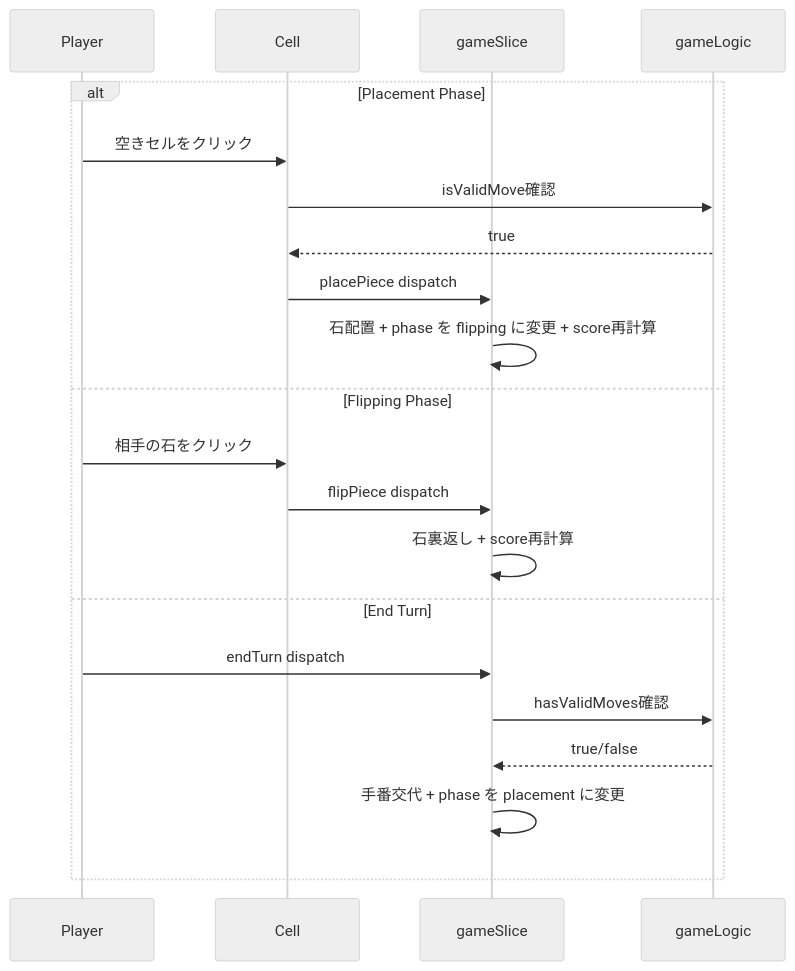
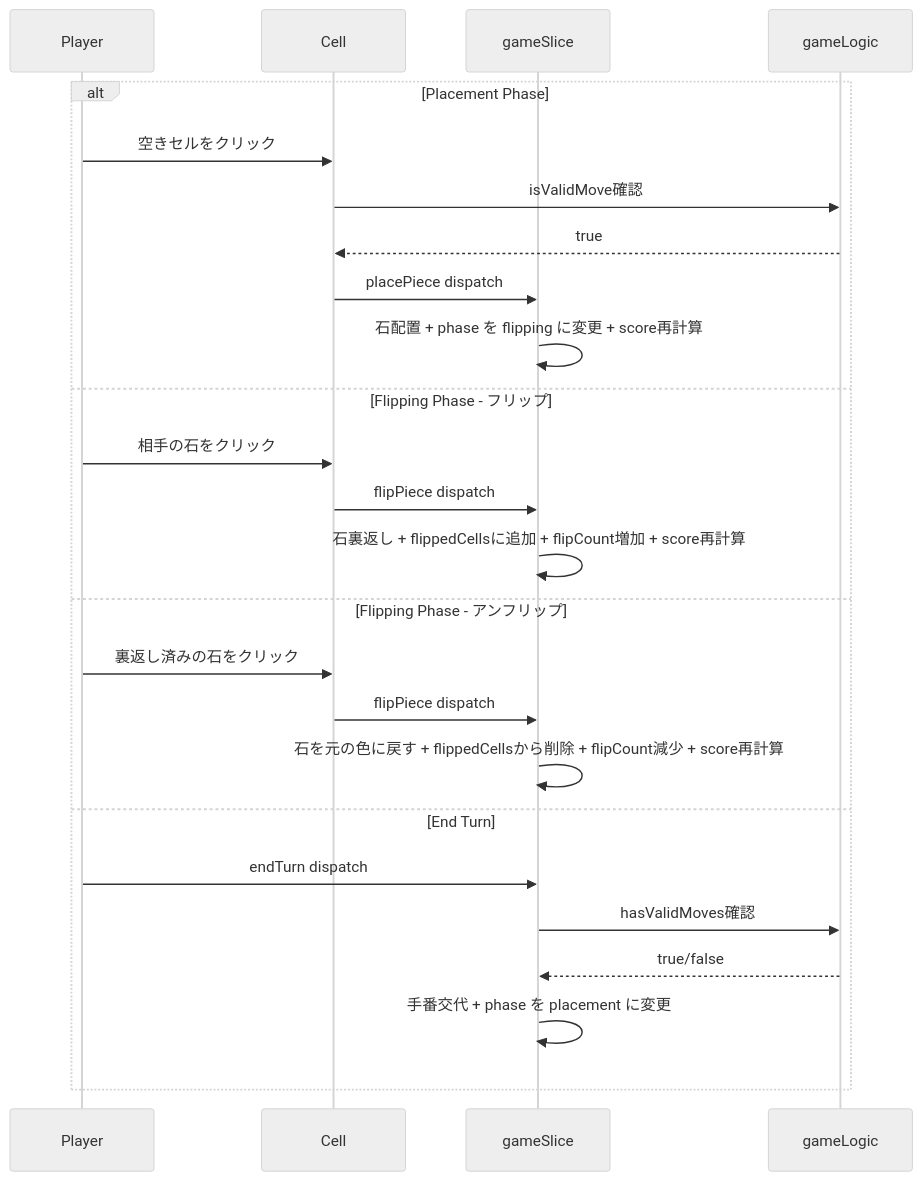
Before and after one commit to IsodaZen/anarchy-reversi: the third of 4 diagrams in .kiro/specs/anarchy-reversi-core/design.md, drawn with Mermaid (neutral theme). The commit also changed other lines of this file and 4 other files, not shown here.

````diff
--- a/.kiro/specs/anarchy-reversi-core/design.md
+++ b/.kiro/specs/anarchy-reversi-core/design.md
@@ -112,24 +115,28 @@
 ```mermaid
 sequenceDiagram
     participant P as Player
     participant C as Cell
     participant S as gameSlice
     participant L as gameLogic
 
     alt Placement Phase
         P->>C: 空きセルをクリック
         C->>L: isValidMove確認
         L-->>C: true
         C->>S: placePiece dispatch
         S->>S: 石配置 + phase を flipping に変更 + score再計算
-    else Flipping Phase
+    else Flipping Phase - フリップ
         P->>C: 相手の石をクリック
         C->>S: flipPiece dispatch
-        S->>S: 石裏返し + score再計算
+        S->>S: 石裏返し + flippedCellsに追加 + flipCount増加 + score再計算
+    else Flipping Phase - アンフリップ
+        P->>C: 裏返し済みの石をクリック
+        C->>S: flipPiece dispatch
+        S->>S: 石を元の色に戻す + flippedCellsから削除 + flipCount減少 + score再計算
     else End Turn
         P->>S: endTurn dispatch
         S->>L: hasValidMoves確認
         L-->>S: true/false
         S->>S: 手番交代 + phase を placement に変更
     end
 ```
````
